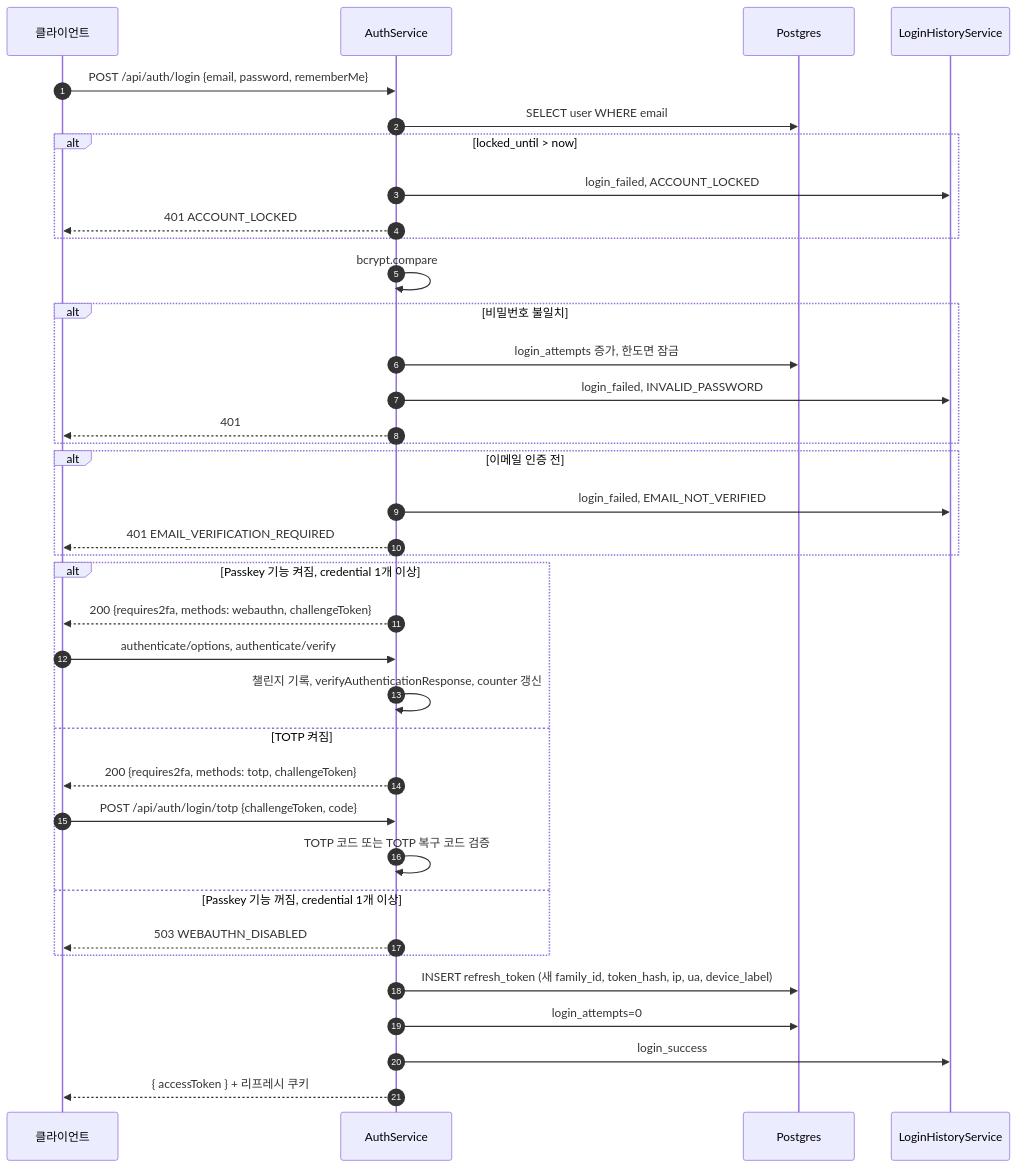
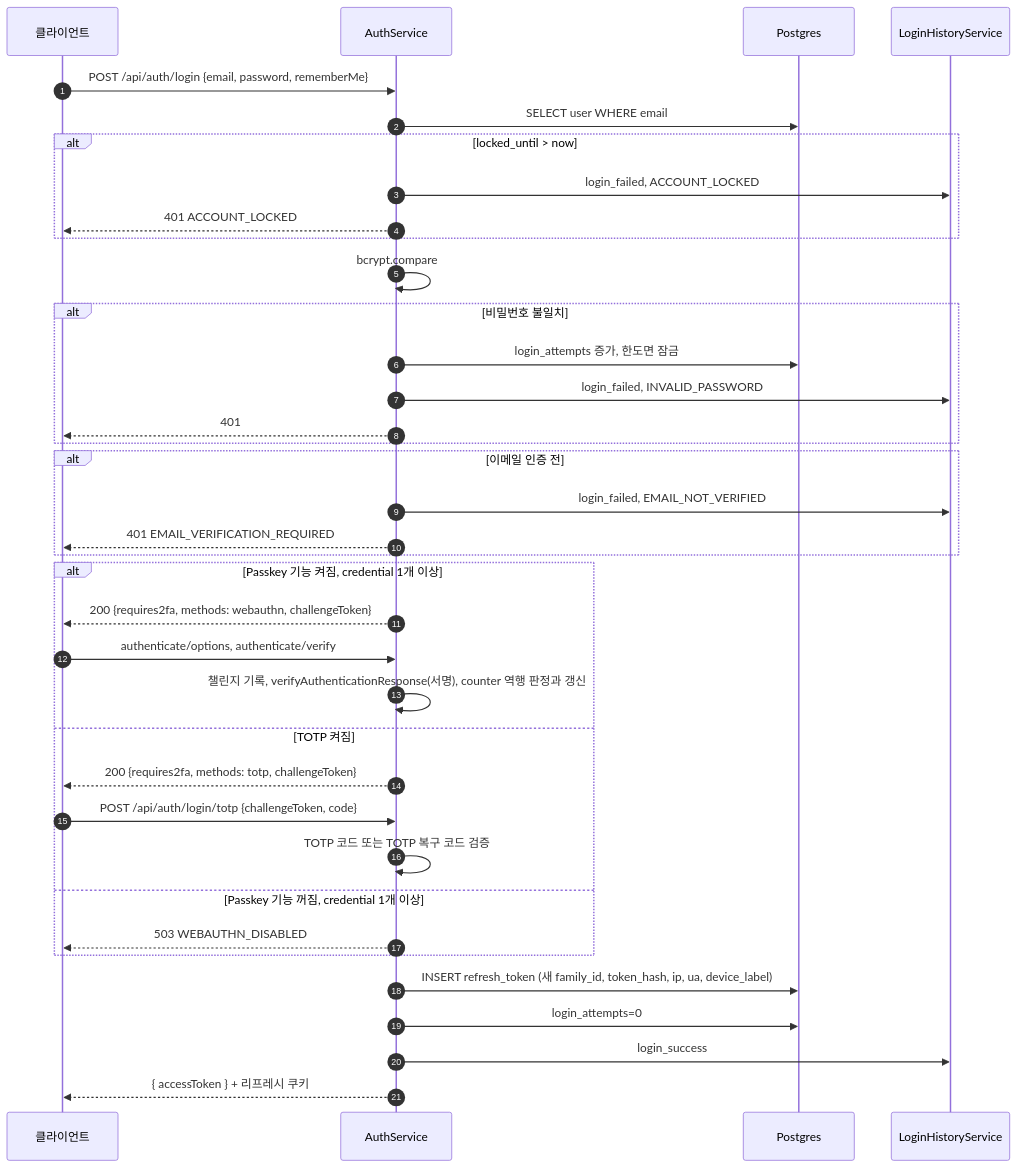
The third of 13 diagrams in spec/CLE-ACCT/CLE-ACCT-DATA.md (worker-ants/clemvion), drawn with Mermaid before and after one commit. The commit also changed other lines of this file and 2 other files, not shown here.

First line of the commit message:
docs(spec): Passkey counter 역행 판정을 서명 검증 뒤로 옮긴 세 편의 승인본 미러를 받는다 (CLE-T-NWHVMN)

````diff
--- a/spec/CLE-ACCT/CLE-ACCT-DATA.md
+++ b/spec/CLE-ACCT/CLE-ACCT-DATA.md
@@ -248,39 +248,39 @@
 ```mermaid
 sequenceDiagram
   autonumber
   participant C as 클라이언트
   participant Svc as AuthService
   participant PG as Postgres
   participant Hist as LoginHistoryService
   C->>Svc: POST /api/auth/login {email, password, rememberMe}
   Svc->>PG: SELECT user WHERE email
   alt locked_until > now
     Svc->>Hist: login_failed, ACCOUNT_LOCKED
     Svc-->>C: 401 ACCOUNT_LOCKED
   end
   Svc->>Svc: bcrypt.compare
   alt 비밀번호 불일치
     Svc->>PG: login_attempts 증가, 한도면 잠금
     Svc->>Hist: login_failed, INVALID_PASSWORD
     Svc-->>C: 401
   end
   alt 이메일 인증 전
     Svc->>Hist: login_failed, EMAIL_NOT_VERIFIED
     Svc-->>C: 401 EMAIL_VERIFICATION_REQUIRED
   end
   alt Passkey 기능 켜짐, credential 1개 이상
     Svc-->>C: 200 {requires2fa, methods: webauthn, challengeToken}
     C->>Svc: authenticate/options, authenticate/verify
-    Svc->>Svc: 챌린지 기록, verifyAuthenticationResponse, counter 갱신
+    Svc->>Svc: 챌린지 기록, verifyAuthenticationResponse(서명), counter 역행 판정과 갱신
   else TOTP 켜짐
     Svc-->>C: 200 {requires2fa, methods: totp, challengeToken}
     C->>Svc: POST /api/auth/login/totp {challengeToken, code}
     Svc->>Svc: TOTP 코드 또는 TOTP 복구 코드 검증
   else Passkey 기능 꺼짐, credential 1개 이상
     Svc-->>C: 503 WEBAUTHN_DISABLED
   end
   Svc->>PG: INSERT refresh_token (새 family_id, token_hash, ip, ua, device_label)
   Svc->>PG: login_attempts=0
   Svc->>Hist: login_success
   Svc-->>C: { accessToken } + 리프레시 쿠키
 ```
````
